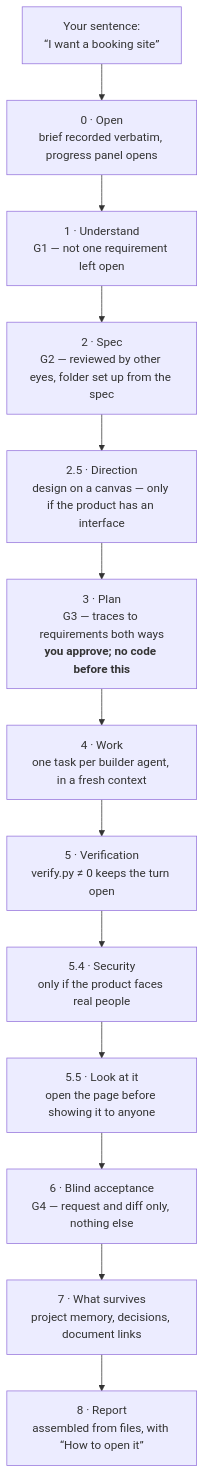
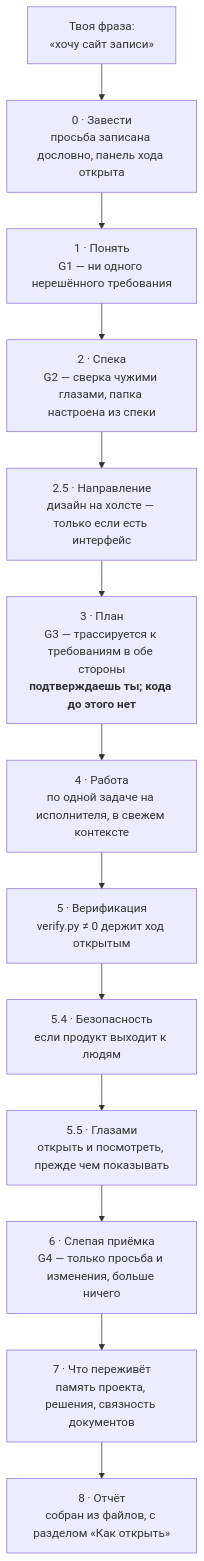
Before and after one commit to edvardgrishin27/superstack-plugin: the diagram in README.md, drawn with Mermaid. The commit also changed other lines of this file and 6 other files, not shown here.

````diff
--- a/README.md
+++ b/README.md
@@ -151,15 +147,15 @@
 ```mermaid
 flowchart TD
-    A["Your sentence:<br/>“I want a booking site”"] --> B["0 · Open<br/>brief recorded verbatim, progress panel opens"]
-    B --> C["1 · Understand<br/>G1 — not one requirement left open"]
-    C --> D["2 · Spec<br/>G2 — reviewed by other eyes, folder set up from the spec"]
-    D --> E["2.5 · Direction<br/>design on a canvas — only if the product has an interface"]
-    E --> F["3 · Plan<br/>G3 — traces to requirements both ways<br/><b>you approve; no code before this</b>"]
-    F --> G["4 · Work<br/>one task per builder agent, in a fresh context"]
-    G --> H["5 · Verification<br/>verify.py ≠ 0 keeps the turn open"]
-    H --> I["5.4 · Security<br/>only if the product faces real people"]
-    I --> J["5.5 · Look at it<br/>open the page before showing it to anyone"]
-    J --> K["6 · Blind acceptance<br/>G4 — request and diff only, nothing else"]
-    K --> L["7 · What survives<br/>project memory, decisions, document links"]
-    L --> M["8 · Report<br/>assembled from files, with “How to open it”"]
+    A["Твоя фраза:<br/>«хочу сайт записи»"] --> B["0 · Завести<br/>просьба записана дословно, панель хода открыта"]
+    B --> C["1 · Понять<br/>G1 — ни одного нерешённого требования"]
+    C --> D["2 · Спека<br/>G2 — сверка чужими глазами, папка настроена из спеки"]
+    D --> E["2.5 · Направление<br/>дизайн на холсте — только если есть интерфейс"]
+    E --> F["3 · План<br/>G3 — трассируется к требованиям в обе стороны<br/><b>подтверждаешь ты; кода до этого нет</b>"]
+    F --> G["4 · Работа<br/>по одной задаче на исполнителя, в свежем контексте"]
+    G --> H["5 · Верификация<br/>verify.py ≠ 0 держит ход открытым"]
+    H --> I["5.4 · Безопасность<br/>если продукт выходит к людям"]
+    I --> J["5.5 · Глазами<br/>открыть и посмотреть, прежде чем показывать"]
+    J --> K["6 · Слепая приёмка<br/>G4 — только просьба и изменения, больше ничего"]
+    K --> L["7 · Что переживёт<br/>память проекта, решения, связность документов"]
+    L --> M["8 · Отчёт<br/>собран из файлов, с разделом «Как открыть»"]
 ```
````
